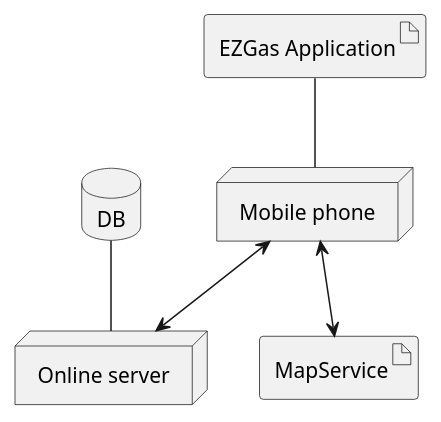
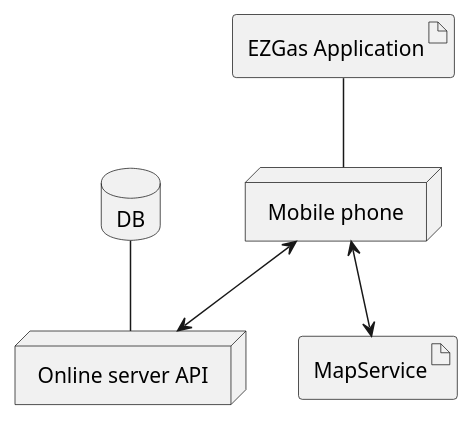
The fifth of 5 diagrams in REQ_280096.md (SoftengPoliTo/Lab2), drawn with PlantUML before and after one commit. The commit also changed other lines of this file, not shown here.

````diff
--- a/REQ_280096.md
+++ b/REQ_280096.md
@@ -246,12 +255,11 @@
 ```plantuml
-artifact "EZGas Application" as a
+artifact "EZGas Application" as a1
 node "Mobile phone" as mp
-node "Online server" as os
+node "Online server API" as os
 database DB
 artifact MapService
-a -- mp
+a1 -- mp
 mp <--> os
 DB -- os
 mp <--> MapService
-
 ```
````
